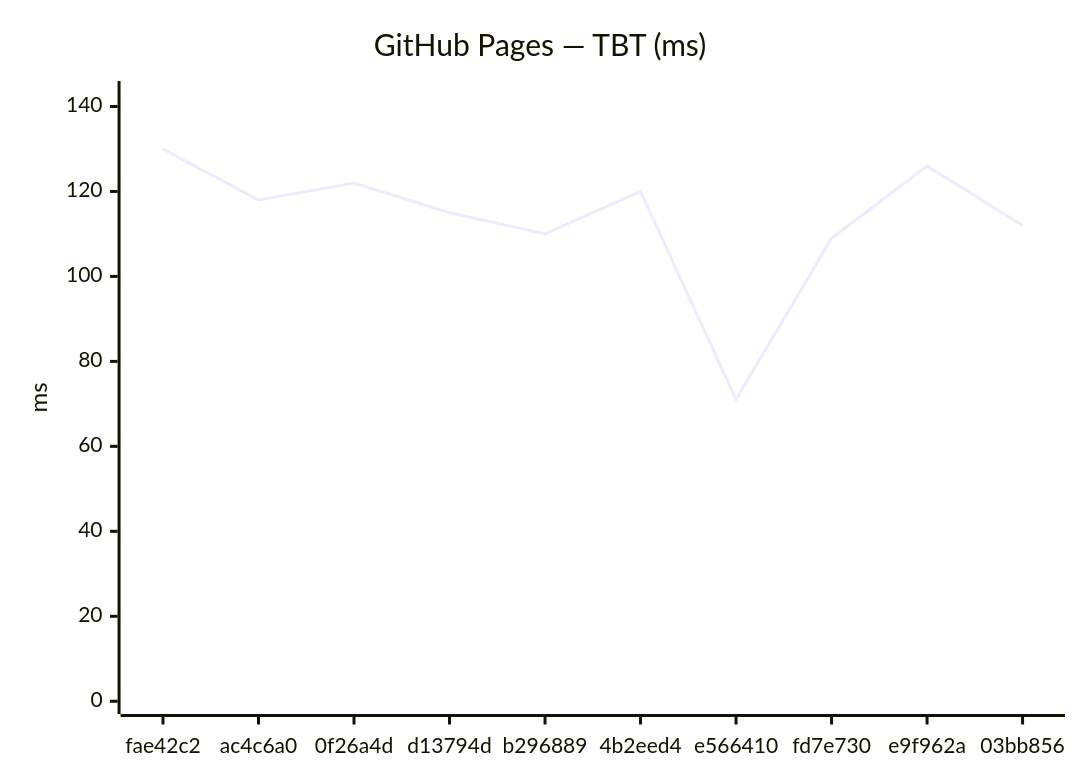
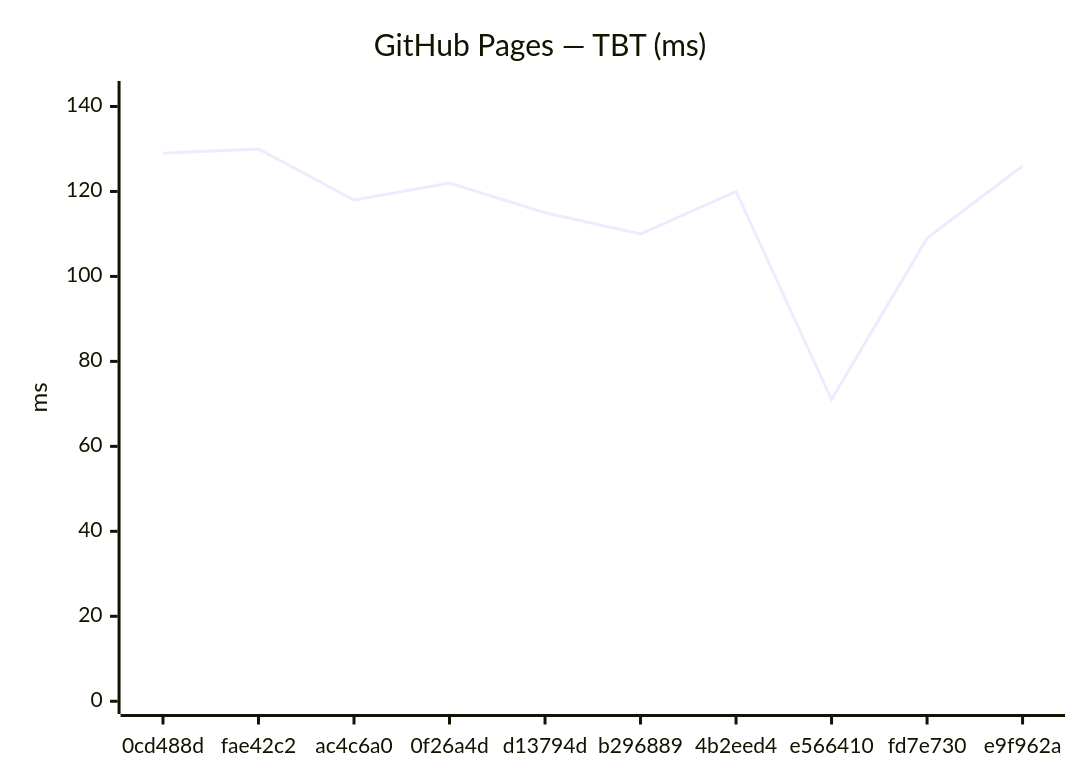
Before and after one commit to Metaheurist/Rianell: the fourth of 18 diagrams in benchmarks/compare.md, drawn with Mermaid. The commit also changed other lines of this file and 11 other files, not shown here.

````diff
--- a/benchmarks/compare.md
+++ b/benchmarks/compare.md
@@ -61,7 +61,7 @@
 ```mermaid
 xychart-beta
     title "GitHub Pages — TBT (ms)"
-    x-axis ["fae42c2", "ac4c6a0", "0f26a4d", "d13794d", "b296889", "4b2eed4", "e566410", "fd7e730", "e9f962a", "03bb856"]
+    x-axis ["0cd488d", "fae42c2", "ac4c6a0", "0f26a4d", "d13794d", "b296889", "4b2eed4", "e566410", "fd7e730", "e9f962a"]
     y-axis "ms" 0 --> 143
-    line [130, 118, 122, 115, 110, 120, 71, 109, 126, 112]
+    line [129, 130, 118, 122, 115, 110, 120, 71, 109, 126]
 ```
````
